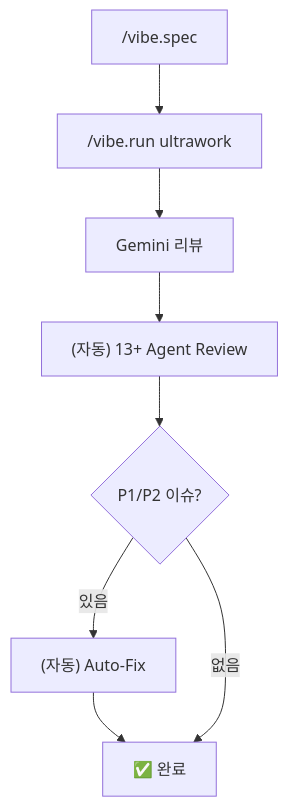
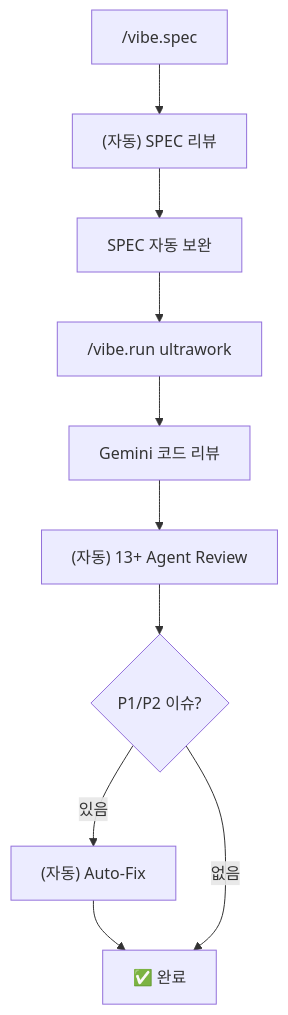
One commit to su-record/vibe changed the diagram in CLAUDE.md. Above: the diagram before and after it, drawn with Mermaid. The commit also changed other lines of this file and 1 other file, not shown here.

Commit message:
feat: add SPEC review phase with auto-fix loop
Add GPT/Gemini review step to vibe.spec workflow for improved SPEC quality.
The review checks for missing scenarios, security considerations, edge cases,
and automatically reflects feedback into the SPEC and Feature files.

Shift-left quality assurance: catching issues at SPEC stage is cheaper than
fixing during implementation.

- Add Step 8: SPEC Review to vibe.spec.md
- Update example to show SPEC review flow
- Update CLAUDE.md workflow diagram and documentation

````diff
--- a/CLAUDE.md
+++ b/CLAUDE.md
@@ -325,10 +325,12 @@
 ```mermaid
 flowchart TD
-    A["/vibe.spec"] --> B["/vibe.run ultrawork"]
-    B --> C["Gemini 리뷰"]
-    C --> D["(자동) 13+ Agent Review"]
-    D --> E{"P1/P2 이슈?"}
-    E -->|있음| F["(자동) Auto-Fix"]
-    F --> G["✅ 완료"]
-    E -->|없음| G
+    A["/vibe.spec"] --> B["(자동) SPEC 리뷰"]
+    B --> C["SPEC 자동 보완"]
+    C --> D["/vibe.run ultrawork"]
+    D --> E["Gemini 코드 리뷰"]
+    E --> F["(자동) 13+ Agent Review"]
+    F --> G{"P1/P2 이슈?"}
+    G -->|있음| H["(자동) Auto-Fix"]
+    H --> I["✅ 완료"]
+    G -->|없음| I
 ```
````
